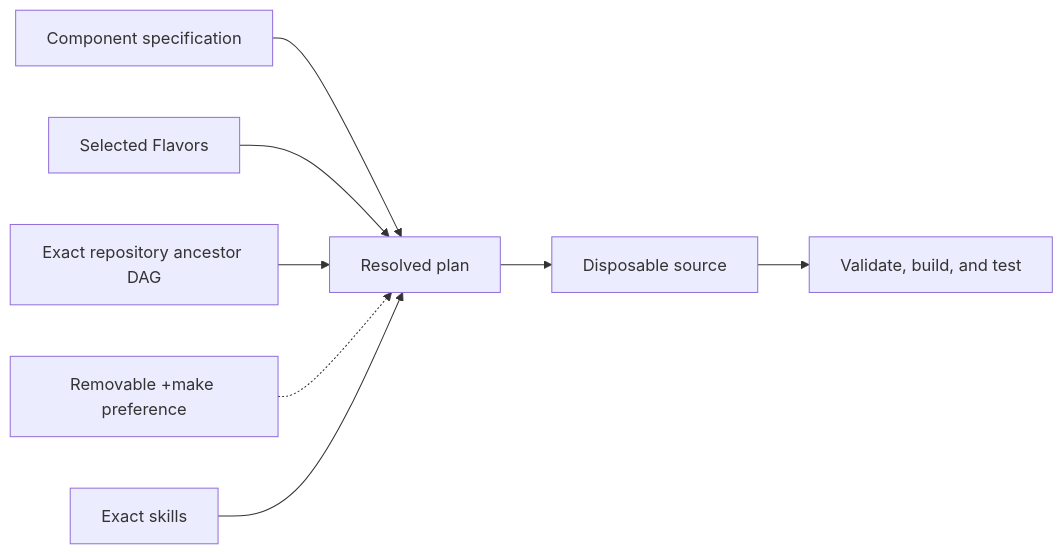
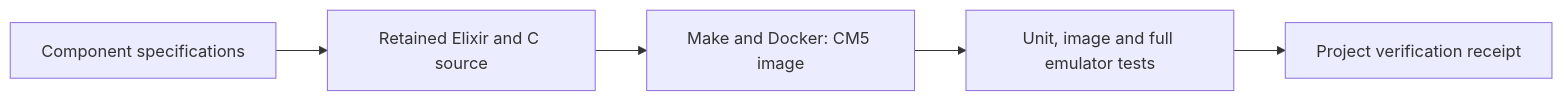
One commit to jordanhubbard/ElixirSSI changed the diagram in docs/README.md. Above: the diagram before and after it, drawn with Mermaid. The commit also changed other lines of this file and 31 other files, not shown here.

Commit message:
Build and run the CM5 image through Docker with current verification

````diff
--- a/docs/README.md
+++ b/docs/README.md
@@ -23,10 +23,7 @@
 ```mermaid
 flowchart LR
-    Spec[Component specification] --> Plan[Resolved plan]
-    Flavor[Selected Flavors] --> Plan
-    Parent[Exact repository ancestor DAG] --> Plan
-    Default[Removable +make preference] -.-> Plan
-    Skill[Exact skills] --> Plan
-    Plan --> Generate[Disposable source]
-    Generate --> Verify[Validate, build, and test]
+    Spec[Component specifications] --> Source[Retained Elixir and C source]
+    Source --> Build[Make and Docker: CM5 image]
+    Build --> Tests[Unit, image and full emulator tests]
+    Tests --> Receipt[Project verification receipt]
 ```
````
